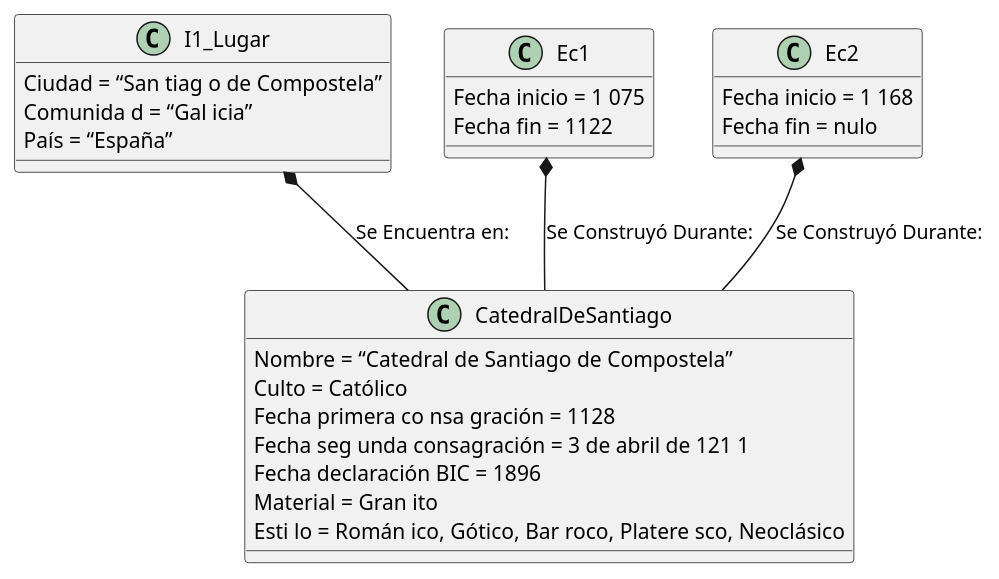
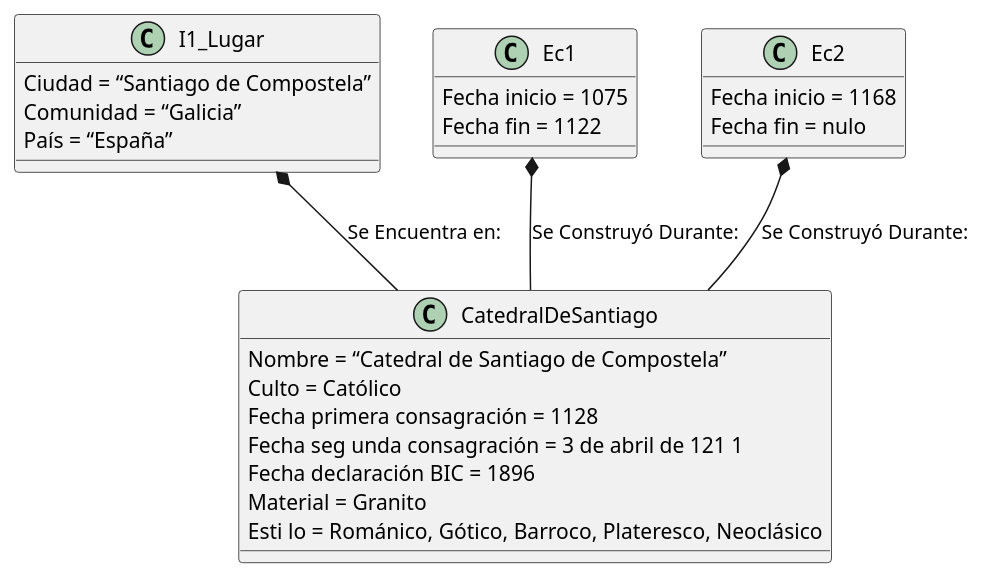
The diagram in ejercicio4.plantuml (OscarLGP30/Entregas_UML), drawn with PlantUML before and after one commit.

Commit message:
Ejercicio 4, algunas palabras se habian pasado mal del web server y las he modificado

```diff
--- a/ejercicio4.plantuml
+++ b/ejercicio4.plantuml
@@ -1,33 +1,33 @@
 @startuml
 
 I1_Lugar *-- CatedralDeSantiago : Se Encuentra en:
 
 Ec1 *-- CatedralDeSantiago : Se Construyó Durante:
 
 Ec2 *-- CatedralDeSantiago : Se Construyó Durante:
 
 Class CatedralDeSantiago{
 Nombre = “Catedral de Santiago de Compostela”
 Culto = Católico
-Fecha primera co nsa gración = 1128
+Fecha primera consagración = 1128
 Fecha seg unda consagración = 3 de abril de 121 1
 Fecha declaración BIC = 1896
-Material = Gran ito
-Esti lo = Román ico, Gótico, Bar roco, Platere sco, Neoclásico
+Material = Granito
+Esti lo = Románico, Gótico, Barroco, Plateresco, Neoclásico
 }
 
 Class Ec1{
-Fecha inicio = 1 075
+Fecha inicio = 1075
 Fecha fin = 1122
 }
 Class Ec2{
-Fecha inicio = 1 168
+Fecha inicio = 1168
 Fecha fin = nulo
 }
 
 Class I1_Lugar{
-Ciudad = “San tiag o de Compostela”
-Comunida d = “Gal icia”
+Ciudad = “Santiago de Compostela”
+Comunidad = “Galicia”
 País = “España”
 }
 @enduml
```
